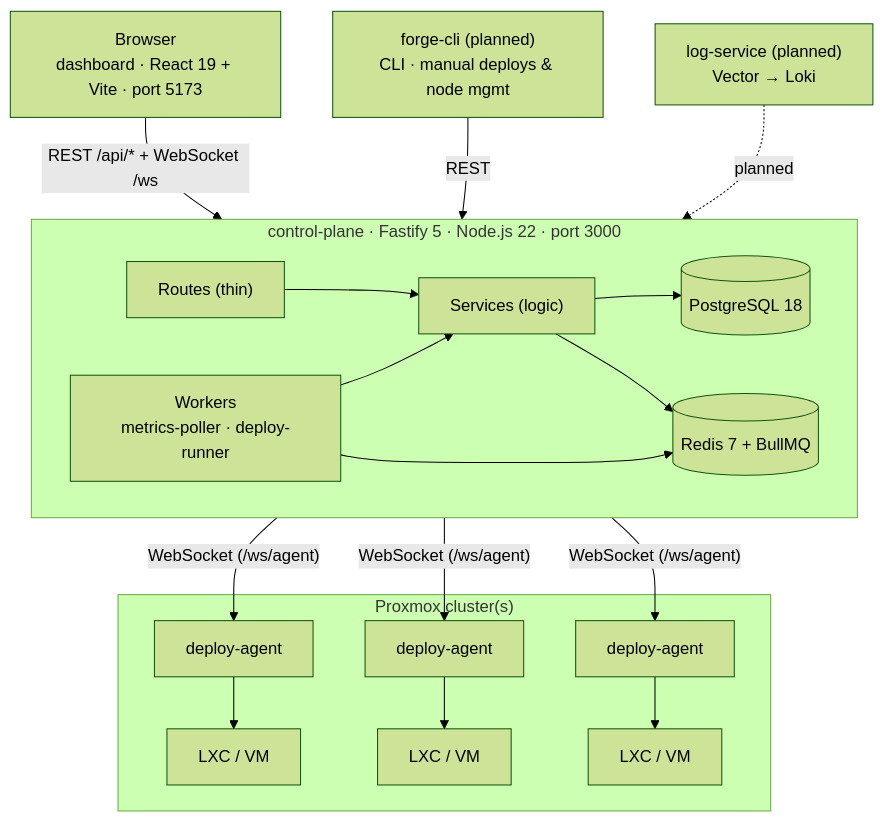
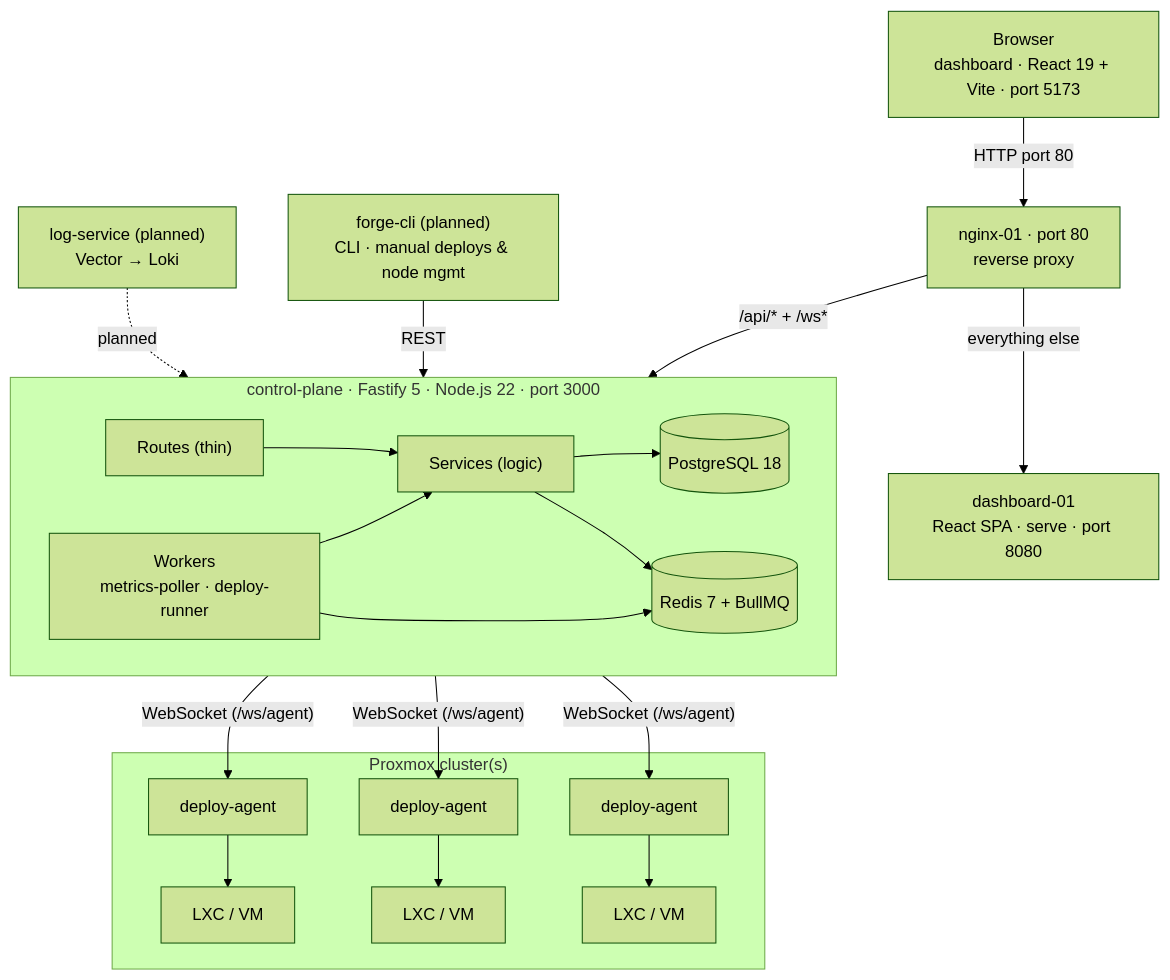
Before and after one commit to NinjaGoldfinch/ninja-ops: the diagram in docs/architecture.md, drawn with Mermaid (forest theme). The commit also changed other lines of this file and 10 other files, not shown here.

First line of the commit message:
feat(infra): add nginx reverse proxy LXC + tighten deploy command validation

````diff
--- a/docs/architecture.md
+++ b/docs/architecture.md
@@ -5,34 +5,40 @@
 ```mermaid
 graph TB
     Browser["Browser\ndashboard · React 19 + Vite · port 5173"]
     ForgeCLI["forge-cli (planned)\nCLI · manual deploys & node mgmt"]
     LogService["log-service (planned)\nVector → Loki"]
+
+    Nginx["nginx-01 · port 80\nreverse proxy"]
+
+    Dashboard["dashboard-01\nReact SPA · serve · port 8080"]
 
     subgraph CP["control-plane · Fastify 5 · Node.js 22 · port 3000"]
         Routes["Routes (thin)"]
         Services["Services (logic)"]
         Workers["Workers\nmetrics-poller · deploy-runner"]
         PG[("PostgreSQL 18")]
         Redis[("Redis 7 + BullMQ")]
 
         Routes --> Services
         Services --> PG
         Services --> Redis
         Workers --> Redis
         Workers --> Services
     end
 
-    Browser -- "REST /api/* + WebSocket /ws" --> CP
+    Browser -- "HTTP port 80" --> Nginx
+    Nginx -- "/api/* + /ws*" --> CP
+    Nginx -- "everything else" --> Dashboard
     ForgeCLI -- "REST" --> CP
     LogService -. "planned" .-> CP
 
     CP -- "WebSocket (/ws/agent)" --> Agent1
     CP -- "WebSocket (/ws/agent)" --> Agent2
     CP -- "WebSocket (/ws/agent)" --> Agent3
 
     subgraph Proxmox["Proxmox cluster(s)"]
         Agent1["deploy-agent"] --> VM1["LXC / VM"]
         Agent2["deploy-agent"] --> VM2["LXC / VM"]
         Agent3["deploy-agent"] --> VM3["LXC / VM"]
     end
 ```
````
